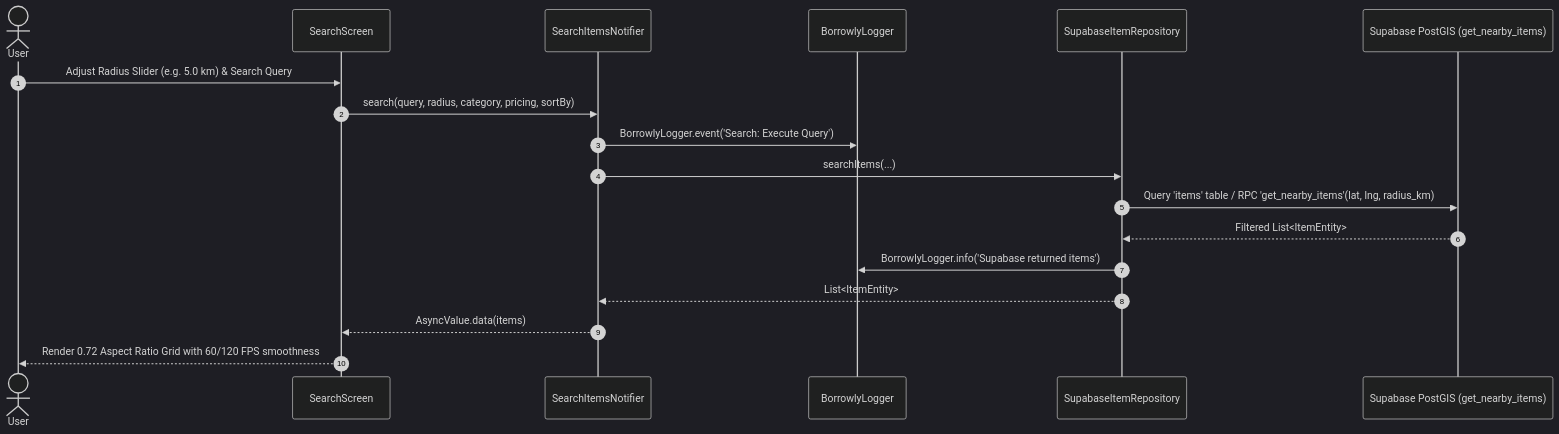
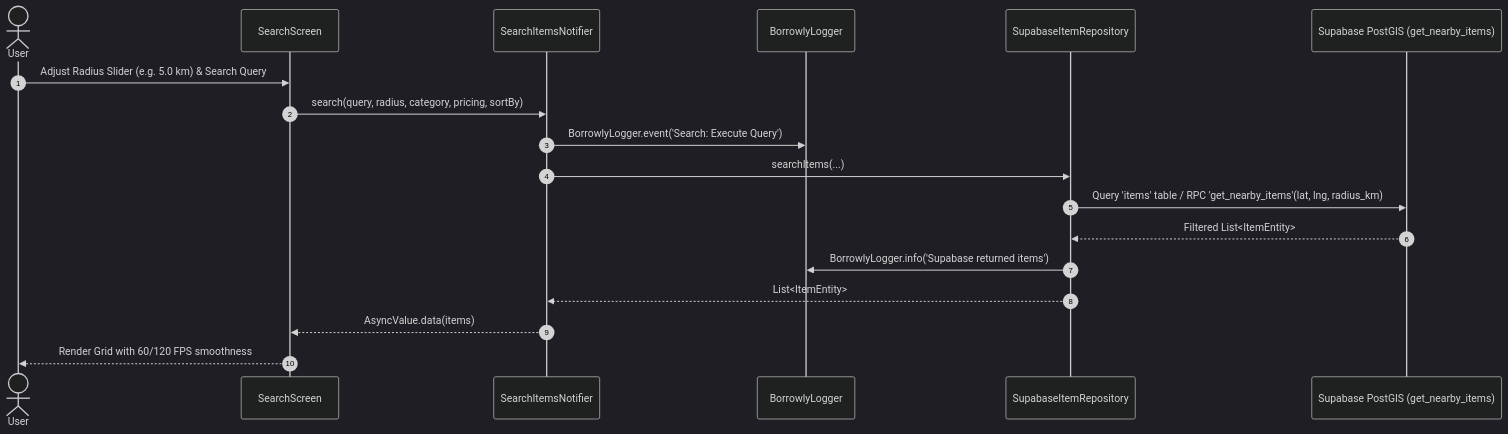
The second of 6 diagrams in WORKFLOW_GUIDELINES.md (AnsilKM/Borrowly), drawn with Mermaid (dark theme) before and after one commit. The commit also changed other lines of this file and 67 other files, not shown here.

Commit message:
feat: initialize project architecture, authentication, item management, and navigation features

````diff
--- a/WORKFLOW_GUIDELINES.md
+++ b/WORKFLOW_GUIDELINES.md
@@ -72,21 +71,21 @@
 ```mermaid
 sequenceDiagram
     autonumber
     actor User
     participant UI as SearchScreen
     participant Notifier as SearchItemsNotifier
     participant Logger as BorrowlyLogger
     participant Repo as SupabaseItemRepository
     participant DB as Supabase PostGIS (get_nearby_items)
 
     User->>UI: Adjust Radius Slider (e.g. 5.0 km) & Search Query
     UI->>Notifier: search(query, radius, category, pricing, sortBy)
     Notifier->>Logger: BorrowlyLogger.event('Search: Execute Query')
     Notifier->>Repo: searchItems(...)
     Repo->>DB: Query 'items' table / RPC 'get_nearby_items'(lat, lng, radius_km)
     DB-->>Repo: Filtered List<ItemEntity>
     Repo->>Logger: BorrowlyLogger.info('Supabase returned items')
     Repo-->>Notifier: List<ItemEntity>
     Notifier-->>UI: AsyncValue.data(items)
-    UI-->>User: Render 0.72 Aspect Ratio Grid with 60/120 FPS smoothness
+    UI-->>User: Render Grid with 60/120 FPS smoothness
 ```
````
